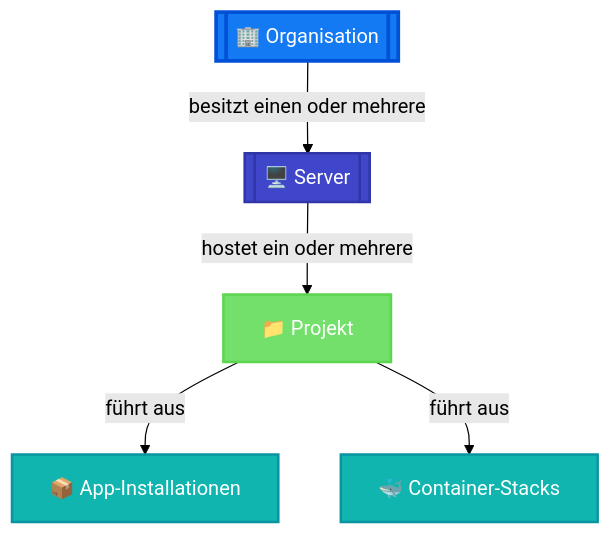
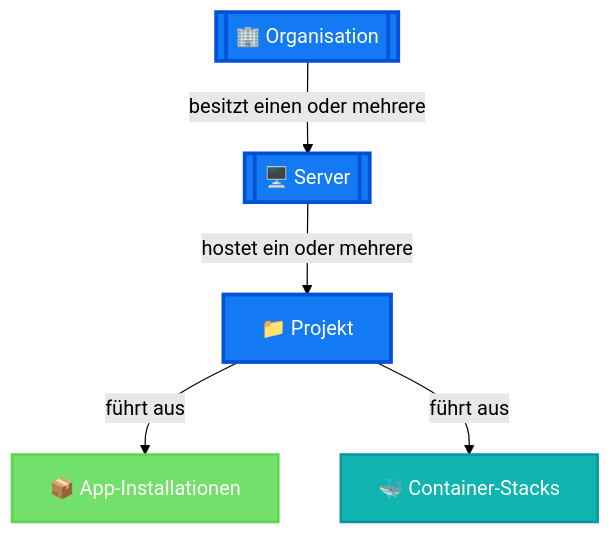
Before and after one commit to mittwald/developer-portal: the first of 2 diagrams in i18n/de/docusaurus-plugin-content-docs/current/platform/overview.mdx, drawn with Mermaid (forest theme). The commit also changed 1 other file, not shown here.

Commit message:
adjust colors to match

````diff
--- a/i18n/de/docusaurus-plugin-content-docs/current/platform/overview.mdx
+++ b/i18n/de/docusaurus-plugin-content-docs/current/platform/overview.mdx
@@ -25,23 +25,21 @@
 ```mermaid
 graph TD
     ORG[["🏢 Organisation"]]
     SERVER[["🖥️ Server"]]
     PROJECT["📁 Projekt"]
     APP["📦 App-Installationen"]
     STACK["🐳 Container-Stacks"]
 
     ORG -->|besitzt einen oder mehrere| SERVER
     SERVER -->|hostet ein oder mehrere| PROJECT
     PROJECT -->|führt aus| APP
     PROJECT -->|führt aus| STACK
 
-    classDef orgStyle fill:#147af3,stroke:#0050d8,color:#fff,stroke-width:3px
-    classDef serverStyle fill:#4046ca,stroke:#3035a7,color:#fff,stroke-width:2px
-    classDef projectStyle fill:#72e06a,stroke:#5cd54f,color:#fff,stroke-width:2px
-    classDef workloadStyle fill:#0fb5ae,stroke:#0a94a1,color:#fff,stroke-width:2px
+    classDef brandOrg fill:#147af3,stroke:#0050d8,color:#fff,stroke-width:3px
+    classDef managed fill:#72e06a,stroke:#5cd54f,color:#fff,stroke-width:2px
+    classDef containers fill:#0fb5ae,stroke:#0a94a1,color:#fff,stroke-width:2px
 
-    class ORG orgStyle
-    class SERVER serverStyle
-    class PROJECT projectStyle
-    class APP,STACK workloadStyle
+    class ORG,SERVER,PROJECT brandOrg
+    class APP managed
+    class STACK containers
 ```
````
